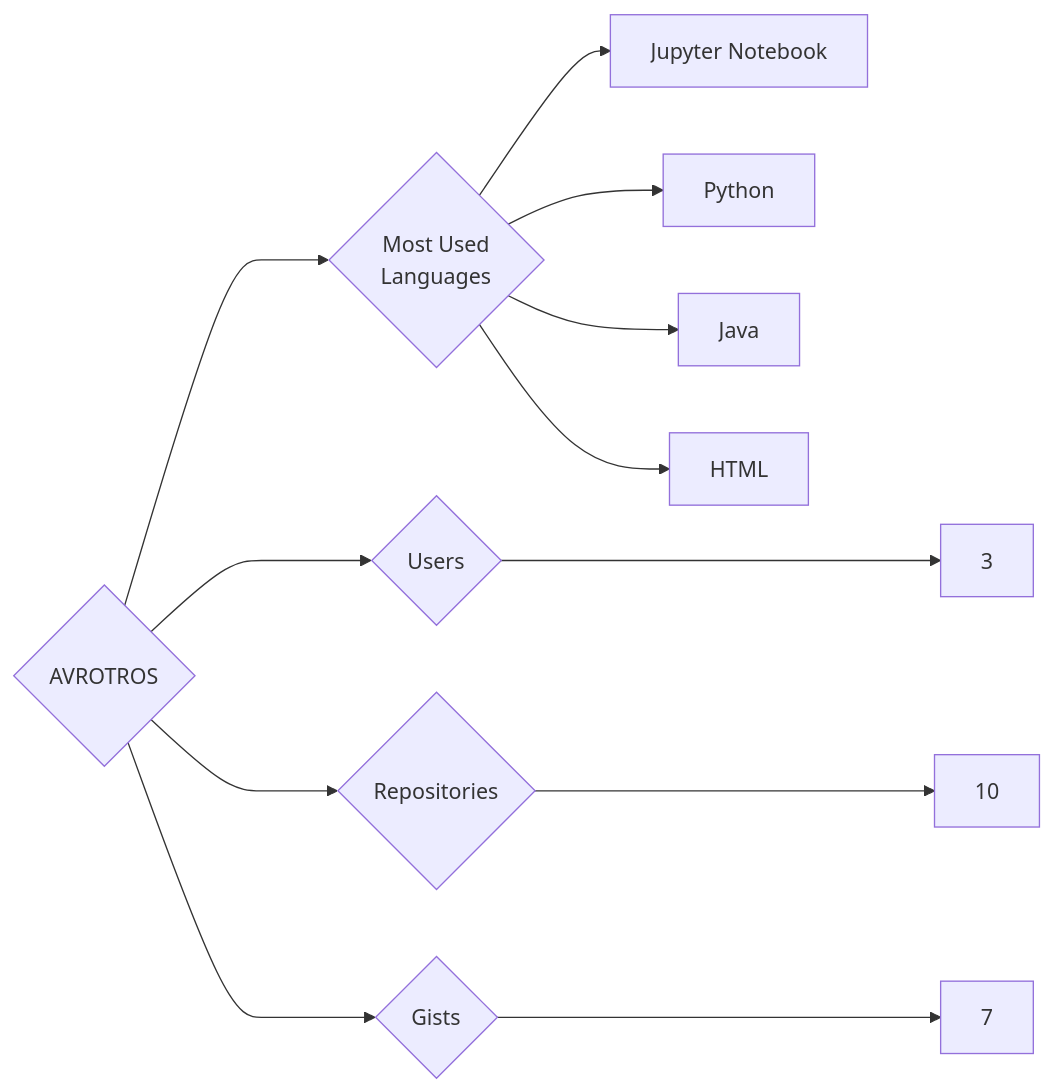
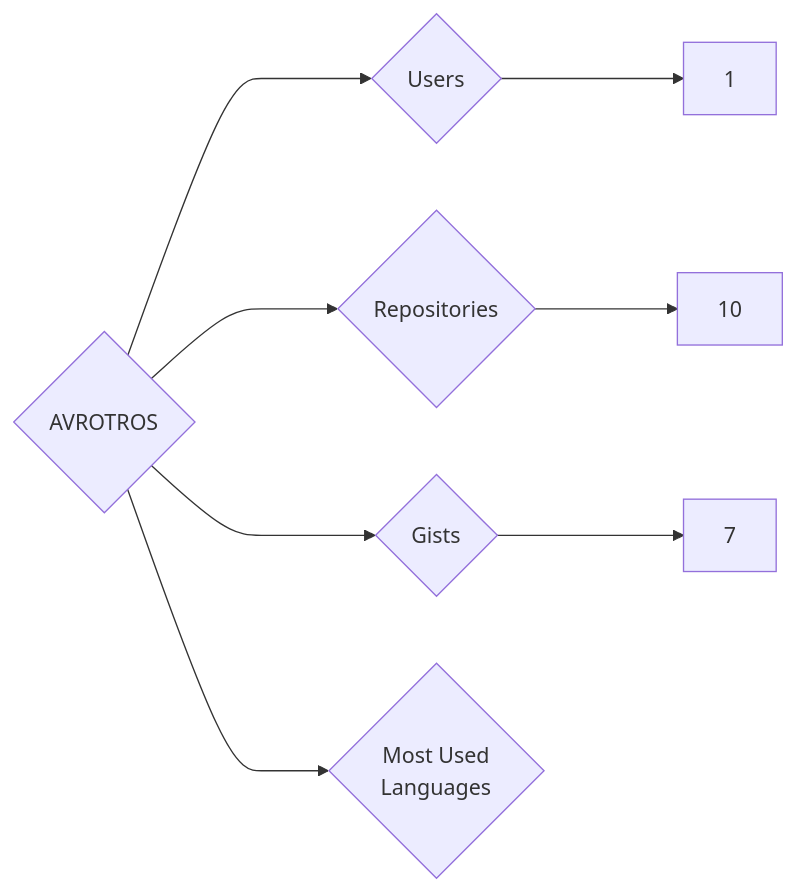
One commit to trickest/insiders changed the diagram in targets/AVROTROS/README.md. Above: the diagram before and after it, drawn with Mermaid. The commit also changed 745 other files, not shown here.

````diff
--- a/targets/AVROTROS/README.md
+++ b/targets/AVROTROS/README.md
@@ -3,12 +3,8 @@
 ```mermaid
 graph LR
 COMPANY_NAME{AVROTROS}
-COMPANY_NAME ---> U{Users} ---> UN[3]
+COMPANY_NAME ---> U{Users} ---> UN[1]
 COMPANY_NAME ---> R{Repositories} ---> RN[10]
 COMPANY_NAME ---> G{Gists} ---> GN[7]
 COMPANY_NAME ---> ML{Most Used<br>Languages}
-ML --> Jupyter_Notebook[Jupyter Notebook]
-ML --> Python[Python]
-ML --> Java[Java]
-ML --> HTML[HTML]
 ```
````
